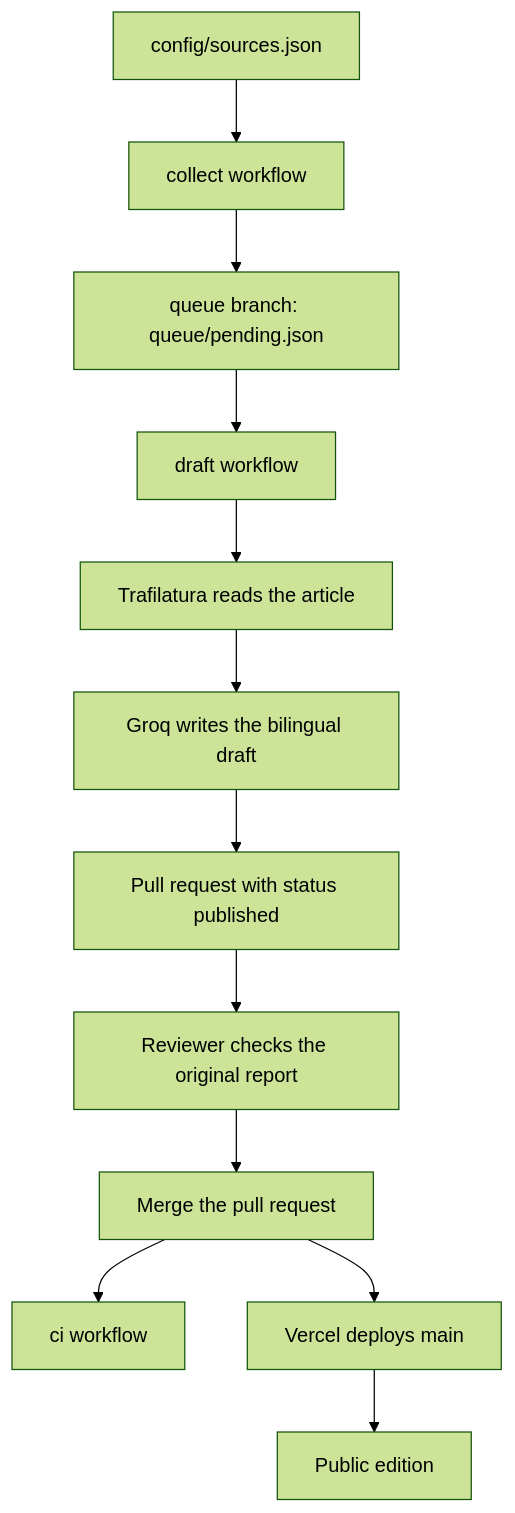
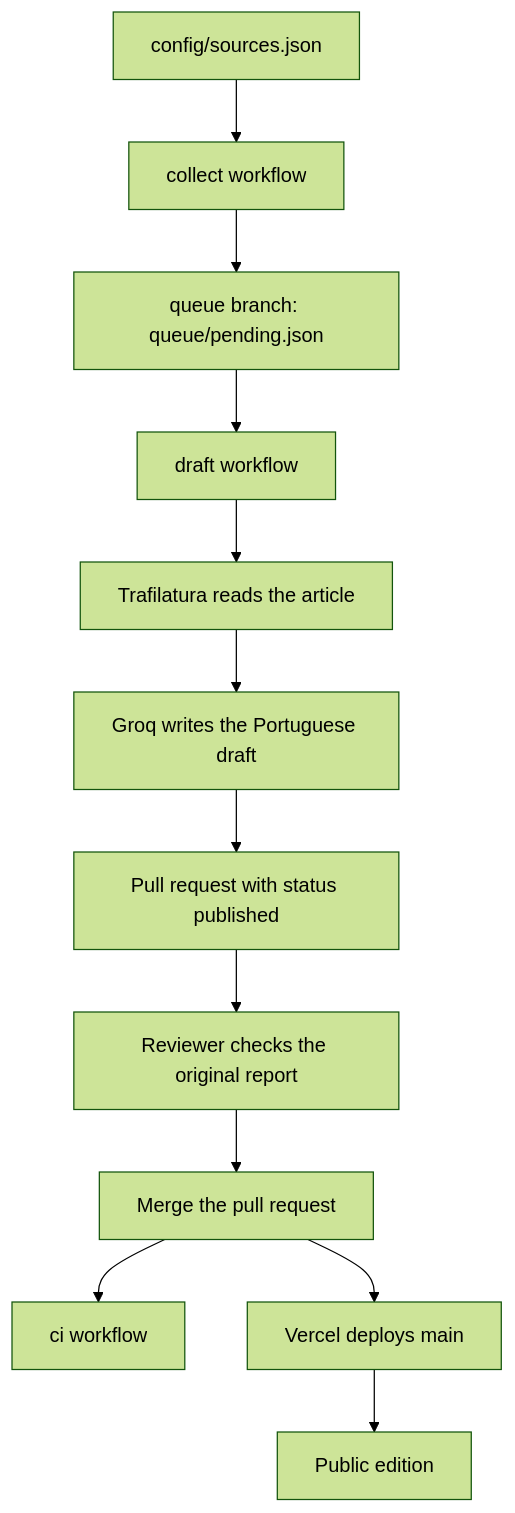
Before and after one commit to rutecintra/newshell: the diagram in README.md, drawn with Mermaid (forest theme). The commit also changed other lines of this file and 27 other files, not shown here.

````diff
--- a/README.md
+++ b/README.md
@@ -9,14 +9,14 @@
 ```mermaid
 flowchart TD
   sources["config/sources.json"] --> collect["collect workflow"]
   collect --> queue["queue branch: queue/pending.json"]
   queue --> draft["draft workflow"]
   draft --> extract["Trafilatura reads the article"]
-  extract --> groq["Groq writes the bilingual draft"]
+  extract --> groq["Groq writes the Portuguese draft"]
   groq --> pull["Pull request with status published"]
   pull --> review["Reviewer checks the original report"]
   review --> publish["Merge the pull request"]
   publish --> ci["ci workflow"]
   publish --> vercel["Vercel deploys main"]
   vercel --> site["Public edition"]
 ```
````
